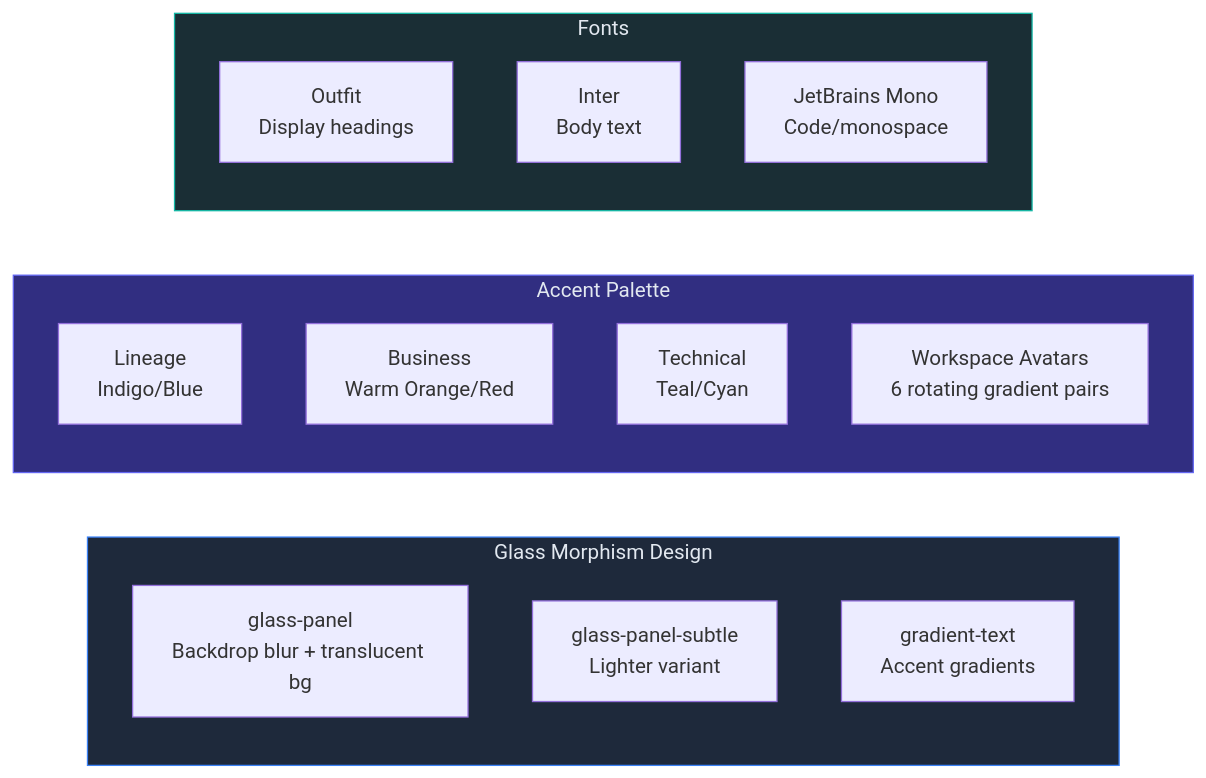
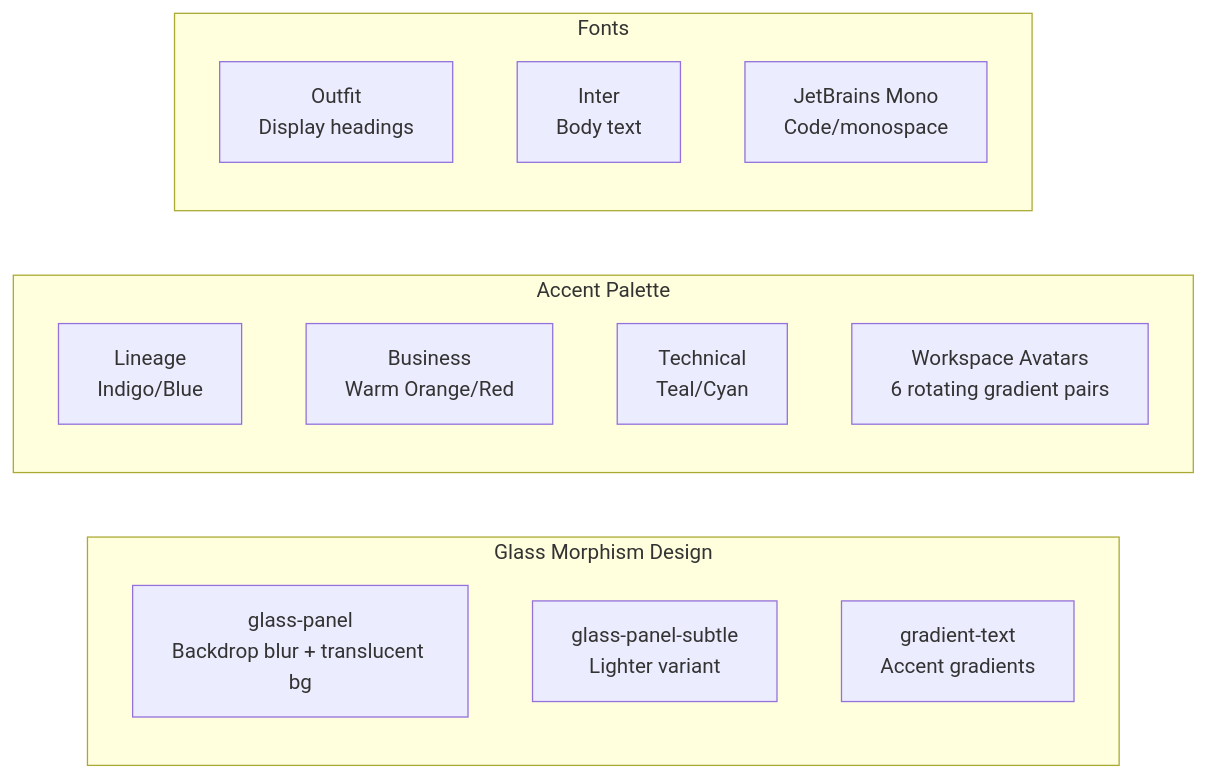
One commit to rkrumins/dataviz changed the eighth of 11 diagrams in docs/FRONTEND.md. Above: the diagram before and after it, drawn with Mermaid. The commit also changed other lines of this file and 46 other files, not shown here.

````diff
--- a/docs/FRONTEND.md
+++ b/docs/FRONTEND.md
@@ -372,25 +356,22 @@
 ```mermaid
 graph LR
     subgraph Theme["Glass Morphism Design"]
         GP["glass-panel<br/>Backdrop blur + translucent bg"]
         GPS["glass-panel-subtle<br/>Lighter variant"]
         GT["gradient-text<br/>Accent gradients"]
     end
 
     subgraph Colors["Accent Palette"]
         Lineage["Lineage<br/>Indigo/Blue"]
         Business["Business<br/>Warm Orange/Red"]
         Technical["Technical<br/>Teal/Cyan"]
         WS["Workspace Avatars<br/>6 rotating gradient pairs"]
     end
 
     subgraph Typography["Fonts"]
         Outfit["Outfit<br/>Display headings"]
         Inter["Inter<br/>Body text"]
         JBMono["JetBrains Mono<br/>Code/monospace"]
     end
 
-    style Theme fill:#1e293b,stroke:#3b82f6,color:#e2e8f0
-    style Colors fill:#312e81,stroke:#6366f1,color:#e2e8f0
-    style Typography fill:#1a2e35,stroke:#14b8a6,color:#e2e8f0
 ```
````
